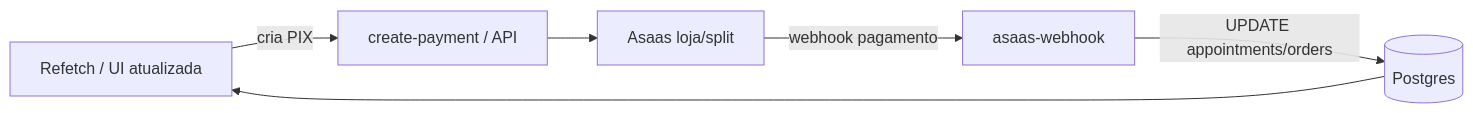
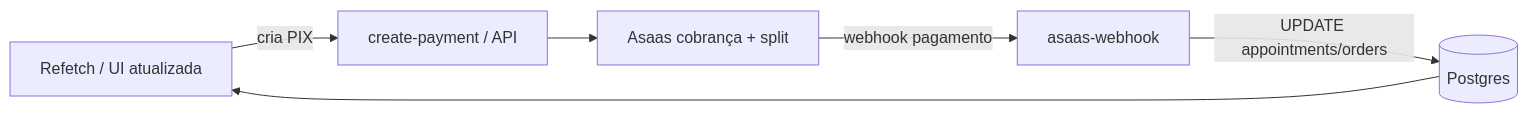
The second of 2 diagrams in docs/FLUXO_ASAAS_WEBHOOK.md (jessefreitasguimaraesnegocios-app/sistema-Barbearia), drawn with Mermaid before and after one commit. The commit also changed other lines of this file and 22 other files, not shown here.

````diff
--- a/docs/FLUXO_ASAAS_WEBHOOK.md
+++ b/docs/FLUXO_ASAAS_WEBHOOK.md
@@ -46,8 +46,8 @@
 ```mermaid
 flowchart LR
   C[Cliente ShopDetails] -->|cria PIX| API[create-payment / API]
-  API --> AsaasL[Asaas loja/split]
+  API --> AsaasL[Asaas cobrança + split]
   AsaasL -->|webhook pagamento| W[asaas-webhook]
   W -->|UPDATE appointments/orders| DB[(Postgres)]
   DB --> C[Refetch / UI atualizada]
 ```
````
